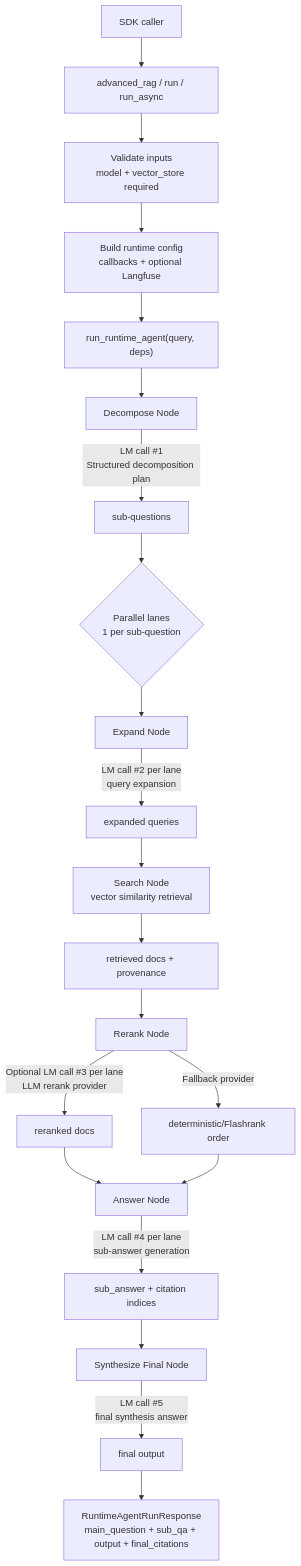
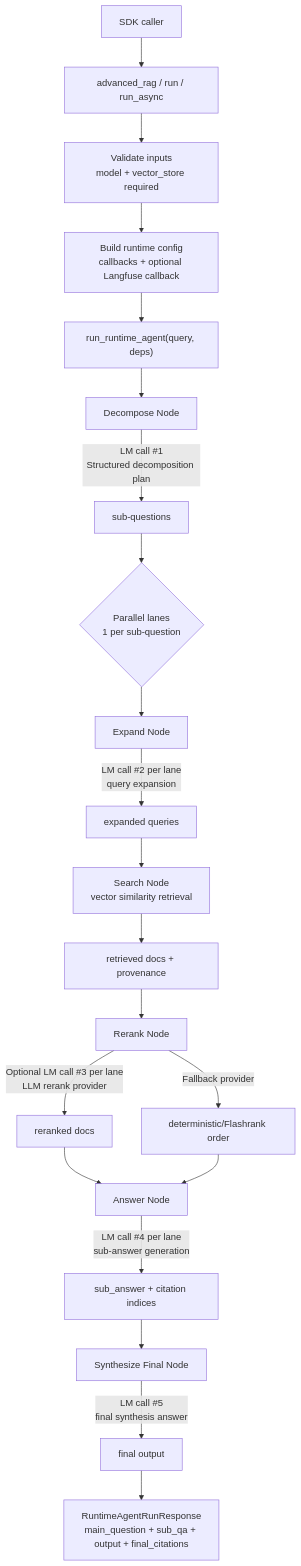
Before and after one commit to Nickbohm555/agent-search: the diagram in README.md, drawn with Mermaid. The commit also changed other lines of this file and 15 other files, not shown here.

Commit message:
Make Langfuse tracing callback-driven and release sdk 0.1.9

````diff
--- a/README.md
+++ b/README.md
@@ -11,24 +11,24 @@
 ```mermaid
 flowchart TD
     A["SDK caller"] --> B["advanced_rag / run / run_async"]
     B --> C["Validate inputs<br/>model + vector_store required"]
-    C --> D["Build runtime config<br/>callbacks + optional Langfuse"]
+    C --> D["Build runtime config<br/>callbacks + optional Langfuse callback"]
     D --> E["run_runtime_agent(query, deps)"]
     E --> F["Decompose Node"]
     F -->|LM call #1<br/>Structured decomposition plan| G["sub-questions"]
 
     G --> H{"Parallel lanes<br/>1 per sub-question"}
     H --> I["Expand Node"]
     I -->|LM call #2 per lane<br/>query expansion| J["expanded queries"]
     J --> K["Search Node<br/>vector similarity retrieval"]
     K --> L["retrieved docs + provenance"]
     L --> M["Rerank Node"]
     M -->|Optional LM call #3 per lane<br/>LLM rerank provider| N["reranked docs"]
     M -->|Fallback provider| O["deterministic/Flashrank order"]
     N --> P["Answer Node"]
     O --> P
     P -->|LM call #4 per lane<br/>sub-answer generation| Q["sub_answer + citation indices"]
     Q --> R["Synthesize Final Node"]
     R -->|LM call #5<br/>final synthesis answer| S["final output"]
     S --> T["RuntimeAgentRunResponse<br/>main_question + sub_qa + output + final_citations"]
 ```
````
